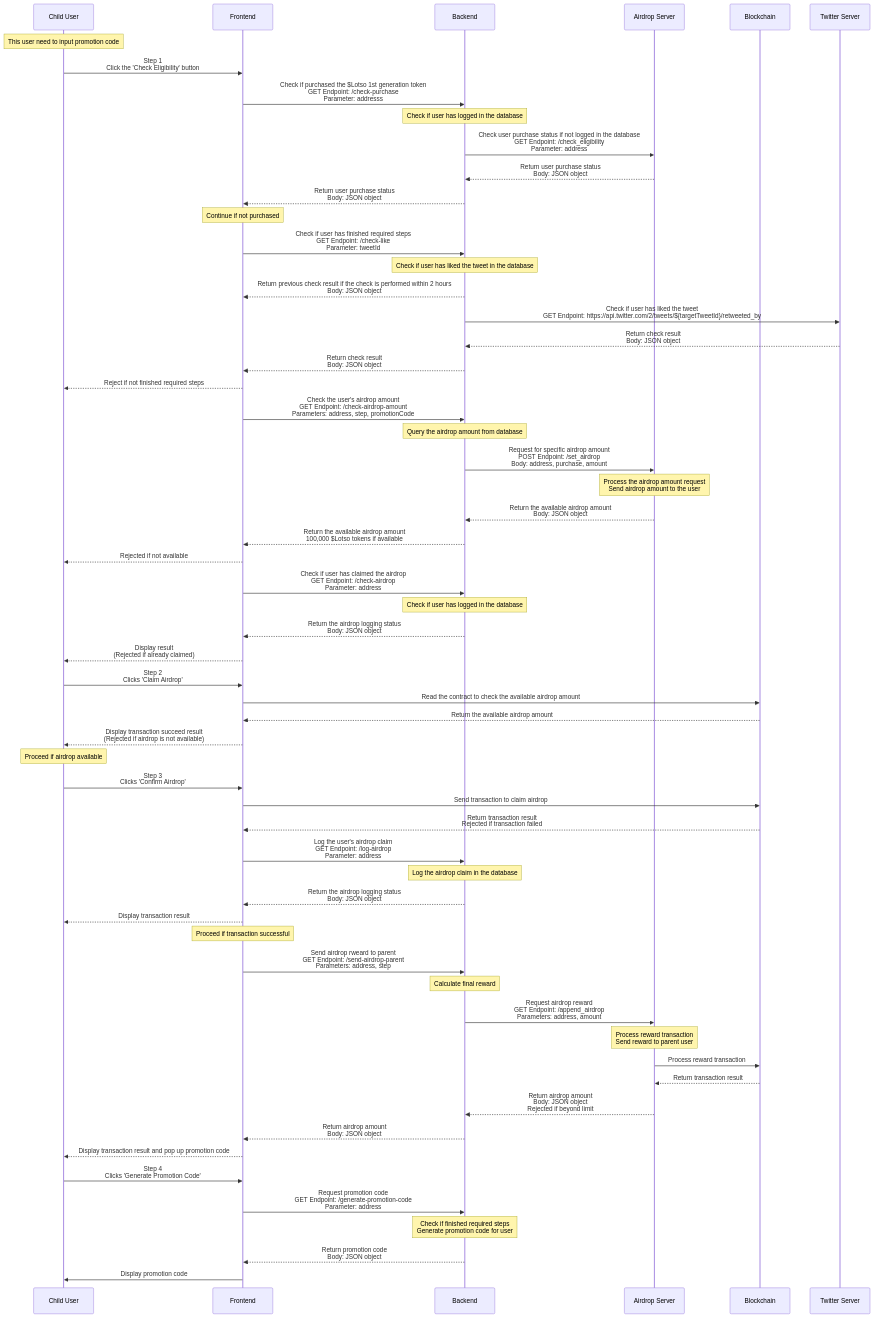
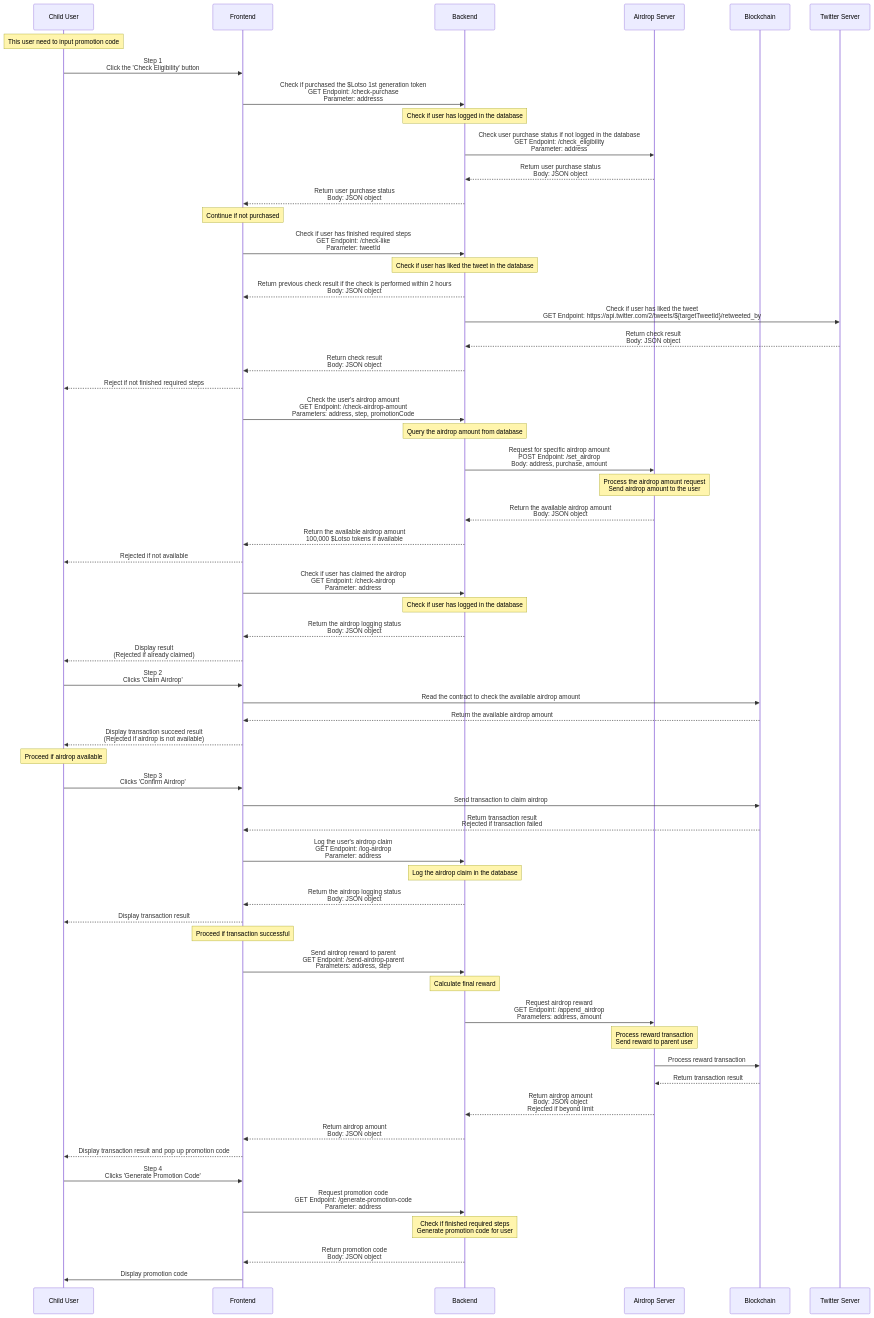
Before and after one commit to BTI-US/Lotso-Twitter-Auth: the third of 3 diagrams in README.md, drawn with Mermaid. The commit also changed other lines of this file and 3 other files, not shown here.

````diff
--- a/README.md
+++ b/README.md
@@ -213,67 +213,67 @@
 ```mermaid
 sequenceDiagram
     participant U as Child User
     participant F as Frontend
     participant B as Backend
     participant S as Airdrop Server
     participant BC as Blockchain
     participant T as Twitter Server
 
     note over U: This user need to input promotion code
 
     U->>F: Step 1 <br>Click the 'Check Eligibility' button
     F->>B: Check if purchased the $Lotso 1st generation token <br>GET Endpoint: /check-purchase <br>Parameter: addresss
     note over B: Check if user has logged in the database
     B->>S: Check user purchase status if not logged in the database <br>GET Endpoint: /check_eligibility <br>Parameter: address
     S-->>B: Return user purchase status <br>Body: JSON object
     B-->>F: Return user purchase status <br>Body: JSON object
     note over F: Continue if not purchased
     F->>B: Check if user has finished required steps <br>GET Endpoint: /check-like <br>Parameter: tweetId
     note over B: Check if user has liked the tweet in the database
     B-->>F: Return previous check result if the check is performed within 2 hours <br>Body: JSON object
     B->>T: Check if user has liked the tweet <br>GET Endpoint: https://api.twitter.com/2/tweets/${targetTweetId}/retweeted_by
     T-->>B: Return check result <br>Body: JSON object
     B-->>F: Return check result <br>Body: JSON object
     F-->>U: Reject if not finished required steps
     F->>B: Check the user's airdrop amount <br>GET Endpoint: /check-airdrop-amount <br>Parameters: address, step, promotionCode
     note over B: Query the airdrop amount from database
     B->>S: Request for specific airdrop amount <br>POST Endpoint: /set_airdrop <br>Body: address, purchase, amount
     note over S: Process the airdrop amount request <br> Send airdrop amount to the user
     S-->>B: Return the available airdrop amount <br>Body: JSON object
     B-->>F: Return the available airdrop amount <br> 100,000 $Lotso tokens if available
     F-->>U: Rejected if not available
     F->>B: Check if user has claimed the airdrop <br>GET Endpoint: /check-airdrop <br>Parameter: address
     note over B: Check if user has logged in the database
     B-->>F: Return the airdrop logging status <br>Body: JSON object
     F-->>U: Display result <br>(Rejected if already claimed)
 
     U->>F: Step 2 <br>Clicks 'Claim Airdrop'
     F->>BC: Read the contract to check the available airdrop amount
     BC-->>F: Return the available airdrop amount
     F-->>U: Display transaction succeed result <br>(Rejected if airdrop is not available)
     note over U: Proceed if airdrop available
 
     U->>F: Step 3 <br>Clicks 'Confirm Airdrop'
     F->>BC: Send transaction to claim airdrop
     BC-->>F: Return transaction result <br> Rejected if transaction failed
     F->>B: Log the user's airdrop claim <br>GET Endpoint: /log-airdrop <br>Parameter: address
     note over B: Log the airdrop claim in the database
     B-->>F: Return the airdrop logging status <br>Body: JSON object
     F-->>U: Display transaction result
     note over F: Proceed if transaction successful
-    F->>B: Send airdrop rweard to parent <br>GET Endpoint: /send-airdrop-parent <br>Parameters: address, step
+    F->>B: Send airdrop reward to parent <br>GET Endpoint: /send-airdrop-parent <br>Parameters: address, step
     note over B: Calculate final reward
     B->>S: Request airdrop reward <br>GET Endpoint: /append_airdrop <br>Parameters: address, amount
     note over S: Process reward transaction <br> Send reward to parent user
     S->>BC: Process reward transaction
     BC-->>S: Return transaction result
     S-->>B: Return airdrop amount <br>Body: JSON object <br> Rejected if beyond limit
     B-->>F: Return airdrop amount <br>Body: JSON object
     F-->>U: Display transaction result and pop up promotion code
 
     U->>F: Step 4 <br>Clicks 'Generate Promotion Code'
     F->>B: Request promotion code <br>GET Endpoint: /generate-promotion-code <br>Parameter: address
     note over B: Check if finished required steps <br>Generate promotion code for user
     B-->>F: Return promotion code <br>Body: JSON object
     F->>U: Display promotion code
 ```
````
